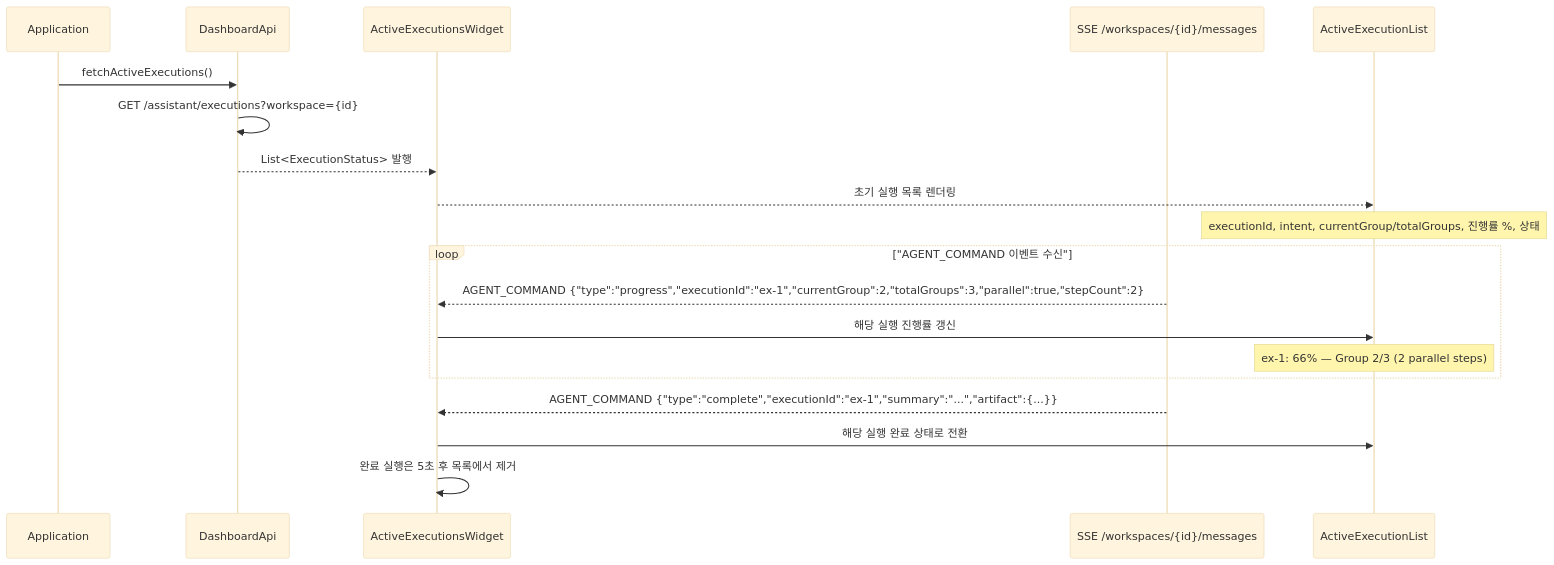
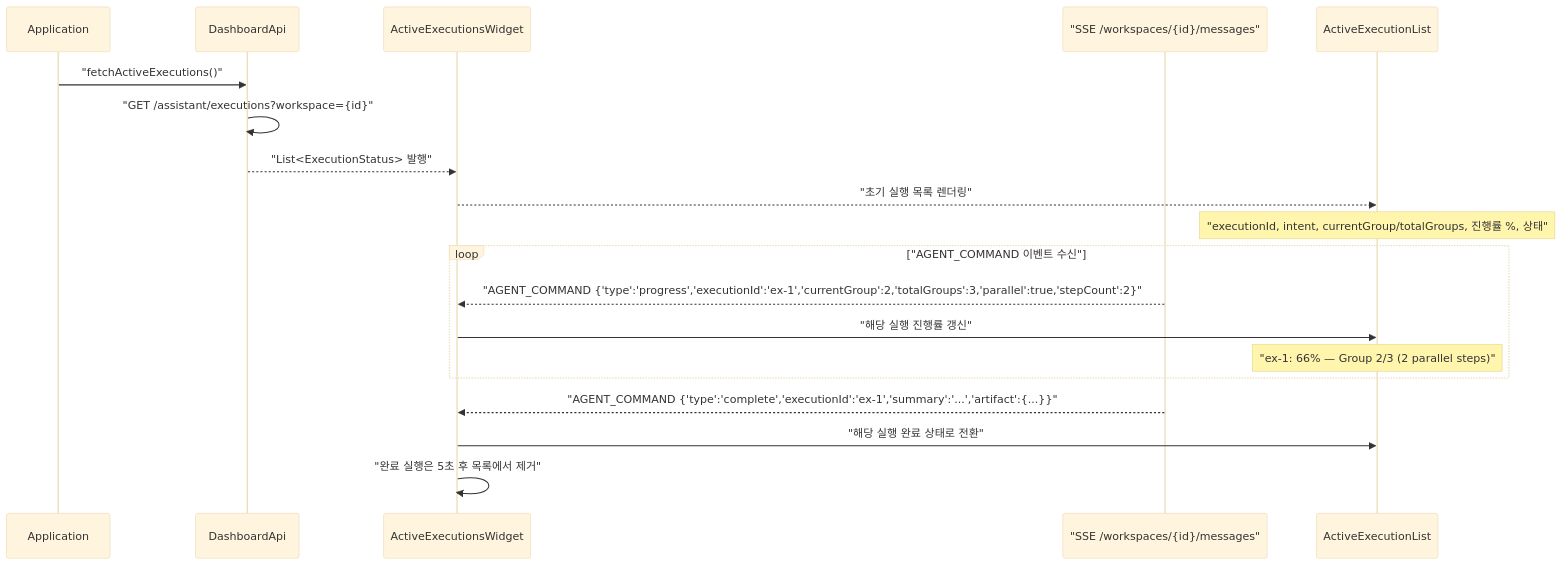
One commit to sayaya1090/handbook changed the second of 3 diagrams in dashboard-ui/USECASE.md. Above: the diagram before and after it, drawn with Mermaid (base theme). The commit also changed other lines of this file and 10 other files, not shown here.

````diff
--- a/dashboard-ui/USECASE.md
+++ b/dashboard-ui/USECASE.md
@@ -62,24 +35,24 @@
 ```mermaid
 sequenceDiagram
     participant App as Application
     participant API as DashboardApi
     participant AEW as ActiveExecutionsWidget
-    participant SSE as SSE /workspaces/{id}/messages
+    participant SSE as "SSE /workspaces/{id}/messages"
     participant AEL as ActiveExecutionList
 
-    App->>API: fetchActiveExecutions()
-    API->>API: GET /assistant/executions?workspace={id}
-    API-->>AEW: List<ExecutionStatus> 발행
-    AEW-->>AEL: 초기 실행 목록 렌더링
-    Note over AEL: executionId, intent, currentGroup/totalGroups, 진행률 %, 상태
+    App->>API: "fetchActiveExecutions()"
+    API->>API: "GET /assistant/executions?workspace={id}"
+    API-->>AEW: "List<ExecutionStatus> 발행"
+    AEW-->>AEL: "초기 실행 목록 렌더링"
+    Note over AEL: "executionId, intent, currentGroup/totalGroups, 진행률 %, 상태"
 
     loop "AGENT_COMMAND 이벤트 수신"
-        SSE-->>AEW: AGENT_COMMAND {"type":"progress","executionId":"ex-1","currentGroup":2,"totalGroups":3,"parallel":true,"stepCount":2}
-        AEW->>AEL: 해당 실행 진행률 갱신
-        Note over AEL: ex-1: 66% — Group 2/3 (2 parallel steps)
+        SSE-->>AEW: "AGENT_COMMAND {'type':'progress','executionId':'ex-1','currentGroup':2,'totalGroups':3,'parallel':true,'stepCount':2}"
+        AEW->>AEL: "해당 실행 진행률 갱신"
+        Note over AEL: "ex-1: 66% — Group 2/3 (2 parallel steps)"
     end
 
-    SSE-->>AEW: AGENT_COMMAND {"type":"complete","executionId":"ex-1","summary":"...","artifact":{...}}
-    AEW->>AEL: 해당 실행 완료 상태로 전환
-    AEW->>AEW: 완료 실행은 5초 후 목록에서 제거
+    SSE-->>AEW: "AGENT_COMMAND {'type':'complete','executionId':'ex-1','summary':'...','artifact':{...}}"
+    AEW->>AEL: "해당 실행 완료 상태로 전환"
+    AEW->>AEW: "완료 실행은 5초 후 목록에서 제거"
 ```
````
